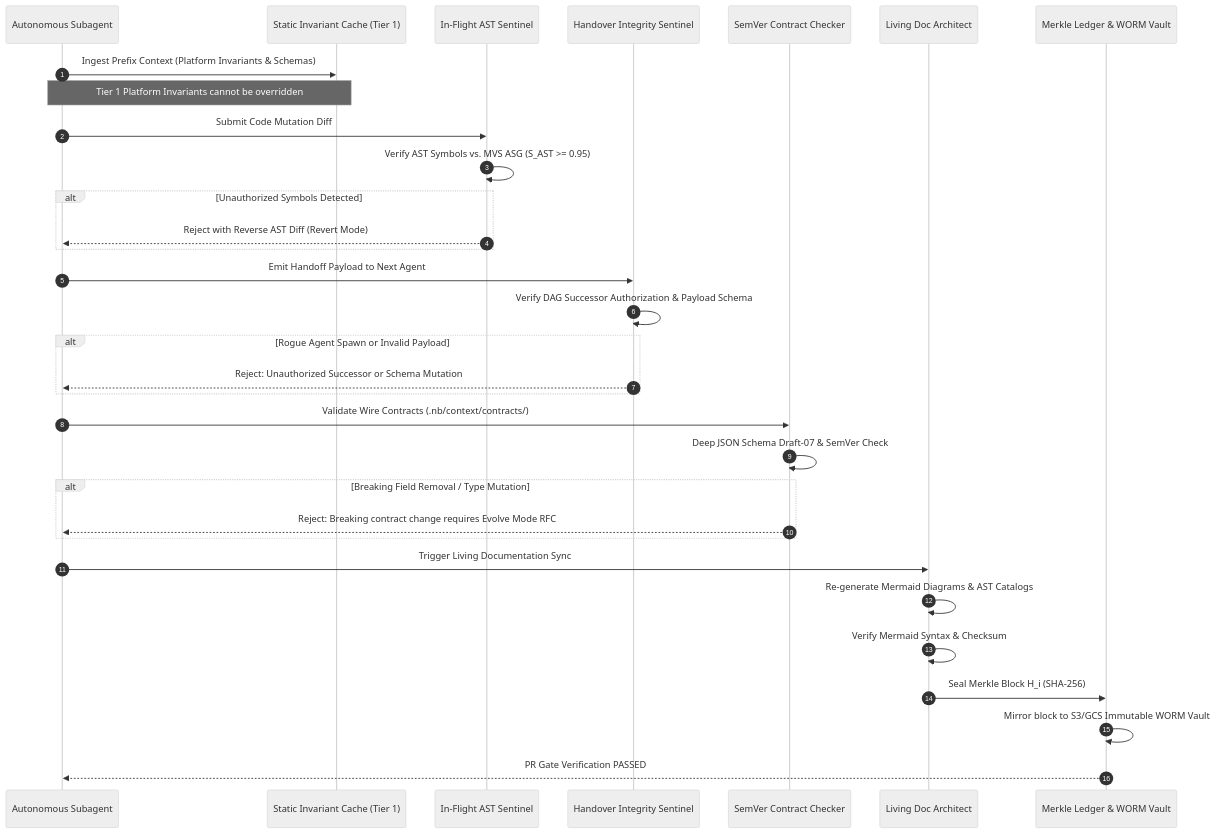
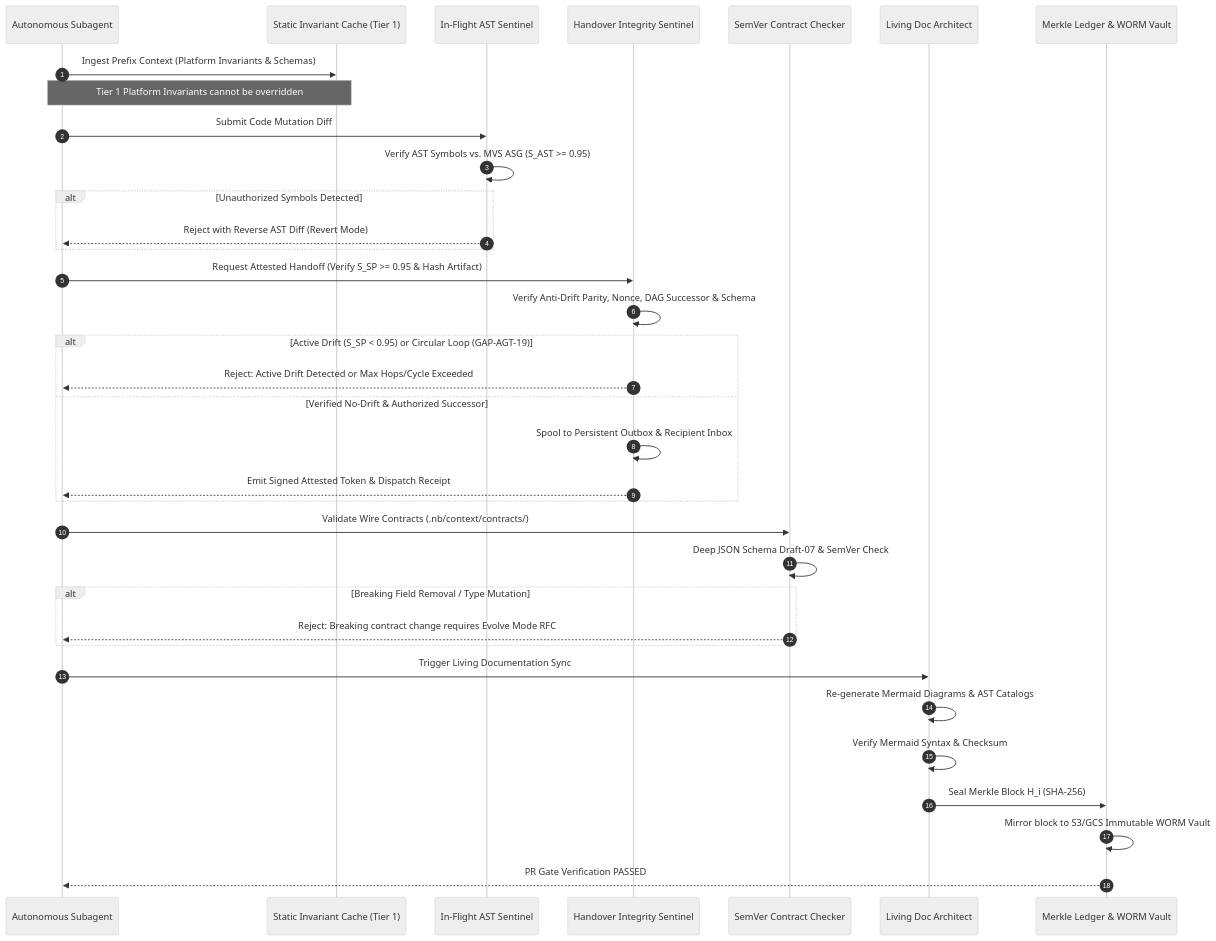
Before and after one commit to lakhwindersingh/nb_fairyfly: the third of 5 diagrams in workplace/docs/methodologies/anti_drift_protocol.md, drawn with Mermaid (neutral theme). The commit also changed other lines of this file and 25 other files, not shown here.

````diff
--- a/workplace/docs/methodologies/anti_drift_protocol.md
+++ b/workplace/docs/methodologies/anti_drift_protocol.md
@@ -125,39 +137,42 @@
 ```mermaid
 sequenceDiagram
     autonumber
     participant Dev as Autonomous Subagent
     participant Prefix as Static Invariant Cache (Tier 1)
     participant ASTGate as In-Flight AST Sentinel
     participant HandoverGate as Handover Integrity Sentinel
     participant WireGate as SemVer Contract Checker
     participant DocGate as Living Doc Architect
     participant Merkle as Merkle Ledger & WORM Vault
 
     Dev->>Prefix: Ingest Prefix Context (Platform Invariants & Schemas)
     Note over Prefix,Dev: Tier 1 Platform Invariants cannot be overridden
     Dev->>ASTGate: Submit Code Mutation Diff
     ASTGate->>ASTGate: Verify AST Symbols vs. MVS ASG (S_AST >= 0.95)
     alt Unauthorized Symbols Detected
         ASTGate-->>Dev: Reject with Reverse AST Diff (Revert Mode)
     end
 
-    Dev->>HandoverGate: Emit Handoff Payload to Next Agent
-    HandoverGate->>HandoverGate: Verify DAG Successor Authorization & Payload Schema
-    alt Rogue Agent Spawn or Invalid Payload
-        HandoverGate-->>Dev: Reject: Unauthorized Successor or Schema Mutation
+    Dev->>HandoverGate: Request Attested Handoff (Verify S_SP >= 0.95 & Hash Artifact)
+    HandoverGate->>HandoverGate: Verify Anti-Drift Parity, Nonce, DAG Successor & Schema
+    alt Active Drift (S_SP < 0.95) or Circular Loop (GAP-AGT-19)
+        HandoverGate-->>Dev: Reject: Active Drift Detected or Max Hops/Cycle Exceeded
+    else Verified No-Drift & Authorized Successor
+        HandoverGate->>HandoverGate: Spool to Persistent Outbox & Recipient Inbox
+        HandoverGate-->>Dev: Emit Signed Attested Token & Dispatch Receipt
     end
 
     Dev->>WireGate: Validate Wire Contracts (.nb/context/contracts/)
     WireGate->>WireGate: Deep JSON Schema Draft-07 & SemVer Check
     alt Breaking Field Removal / Type Mutation
         WireGate-->>Dev: Reject: Breaking contract change requires Evolve Mode RFC
     end
 
     Dev->>DocGate: Trigger Living Documentation Sync
     DocGate->>DocGate: Re-generate Mermaid Diagrams & AST Catalogs
     DocGate->>DocGate: Verify Mermaid Syntax & Checksum
 
     DocGate->>Merkle: Seal Merkle Block H_i (SHA-256)
     Merkle->>Merkle: Mirror block to S3/GCS Immutable WORM Vault
     Merkle-->>Dev: PR Gate Verification PASSED
 ```
````
